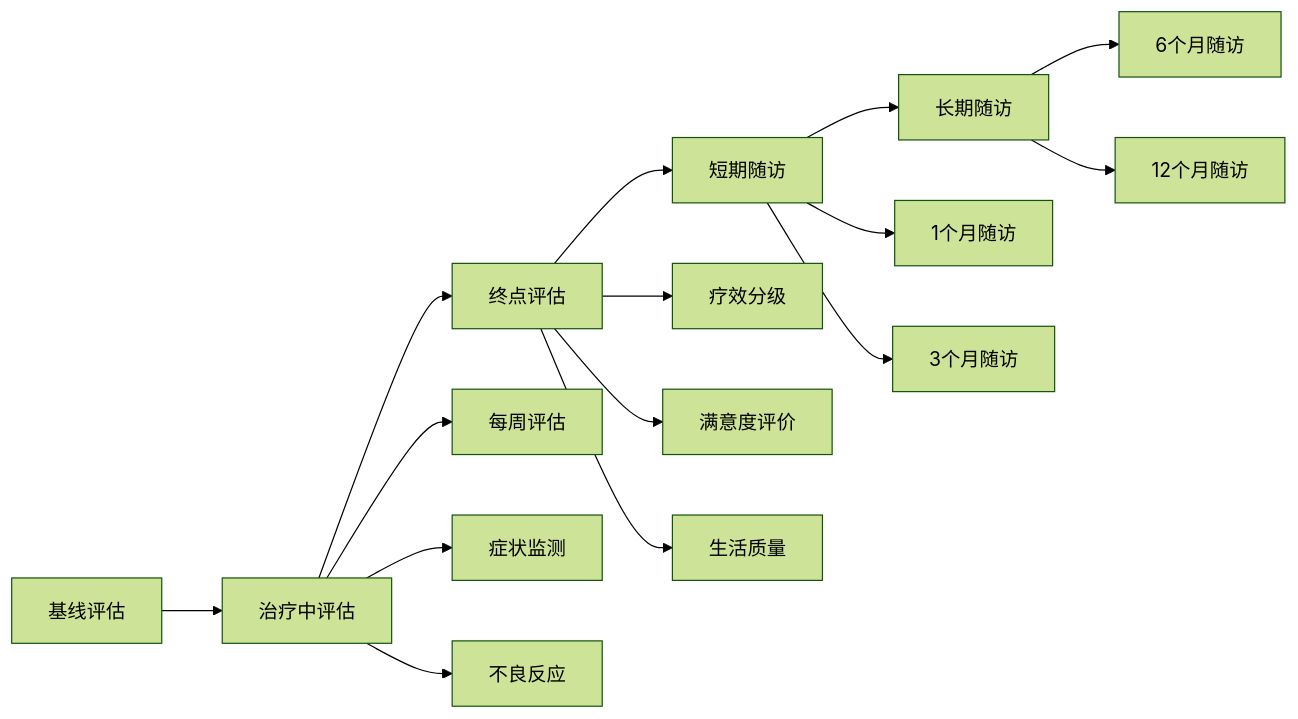
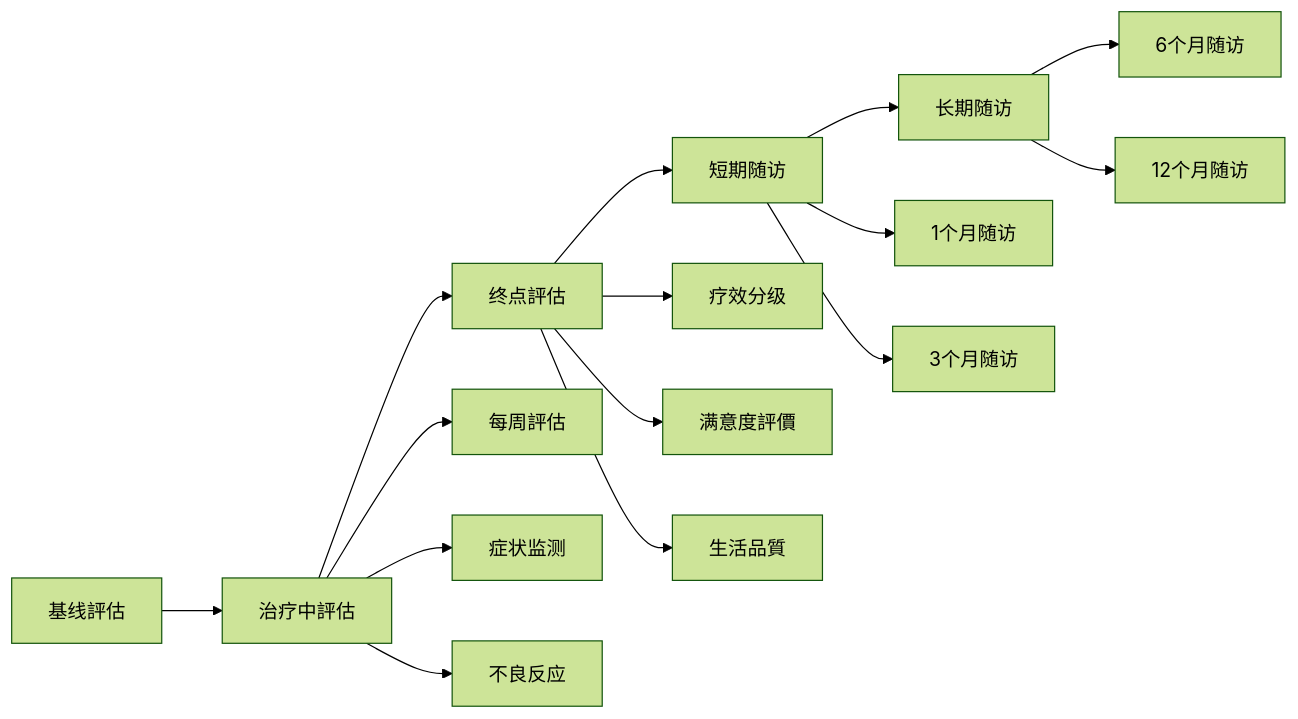
The fourth of 5 diagrams in 3 Resources/01-Tech/🏥 专业知识/耳穴知识库/00-MOCs/MOC-临床应用.md (kmjade/knowledge-value), drawn with Mermaid (forest theme) before and after one commit. The commit also changed other lines of this file and 653 other files, not shown here.

````diff
--- a/3 Resources/01-Tech/🏥 专业知识/耳穴知识库/00-MOCs/MOC-临床应用.md
+++ b/3 Resources/01-Tech/🏥 专业知识/耳穴知识库/00-MOCs/MOC-临床应用.md
@@ -156,21 +156,21 @@
 ```mermaid
 flowchart LR
-    A[基线评估] --> B[治疗中评估]
-    B --> C[终点评估]
+    A[基线評估] --> B[治疗中評估]
+    B --> C[终点評估]
     C --> D[短期随访]
     D --> E[长期随访]
     
-    B --> B1[每周评估]
+    B --> B1[每周評估]
     B --> B2[症状监测]
     B --> B3[不良反应]
     
     C --> C1[疗效分级]
-    C --> C2[满意度评价]
-    C --> C3[生活质量]
+    C --> C2[满意度評價]
+    C --> C3[生活品質]
     
     D --> D1[1个月随访]
     D --> D2[3个月随访]
     
     E --> E1[6个月随访]
     E --> E2[12个月随访]
 ```
````
